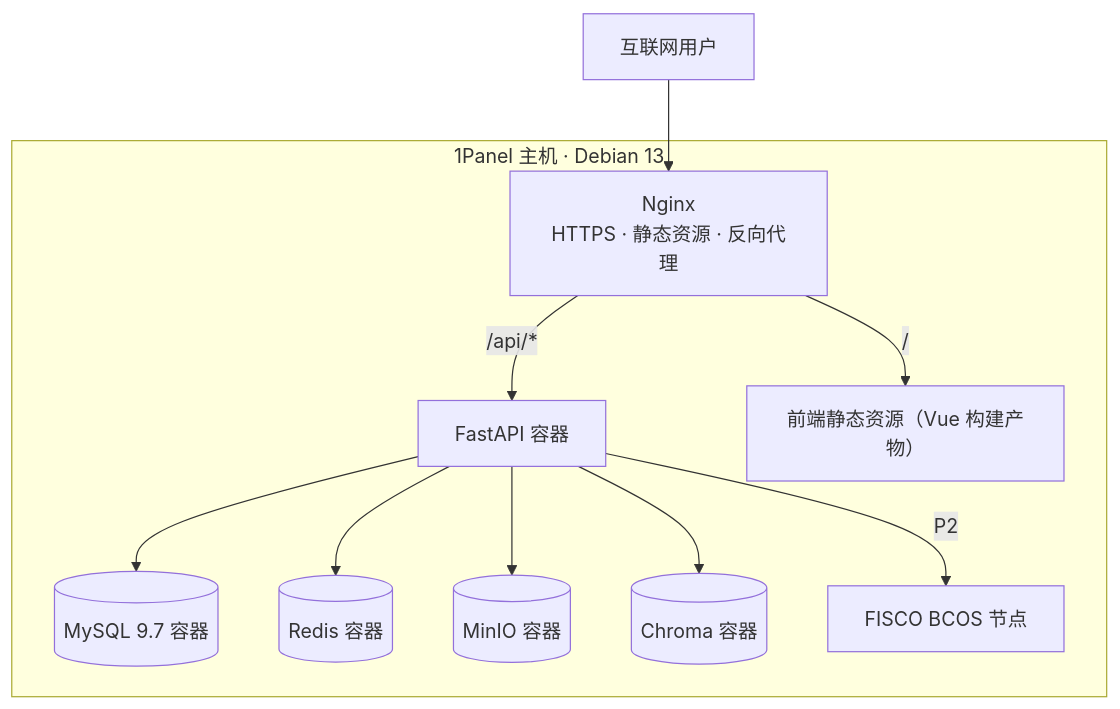
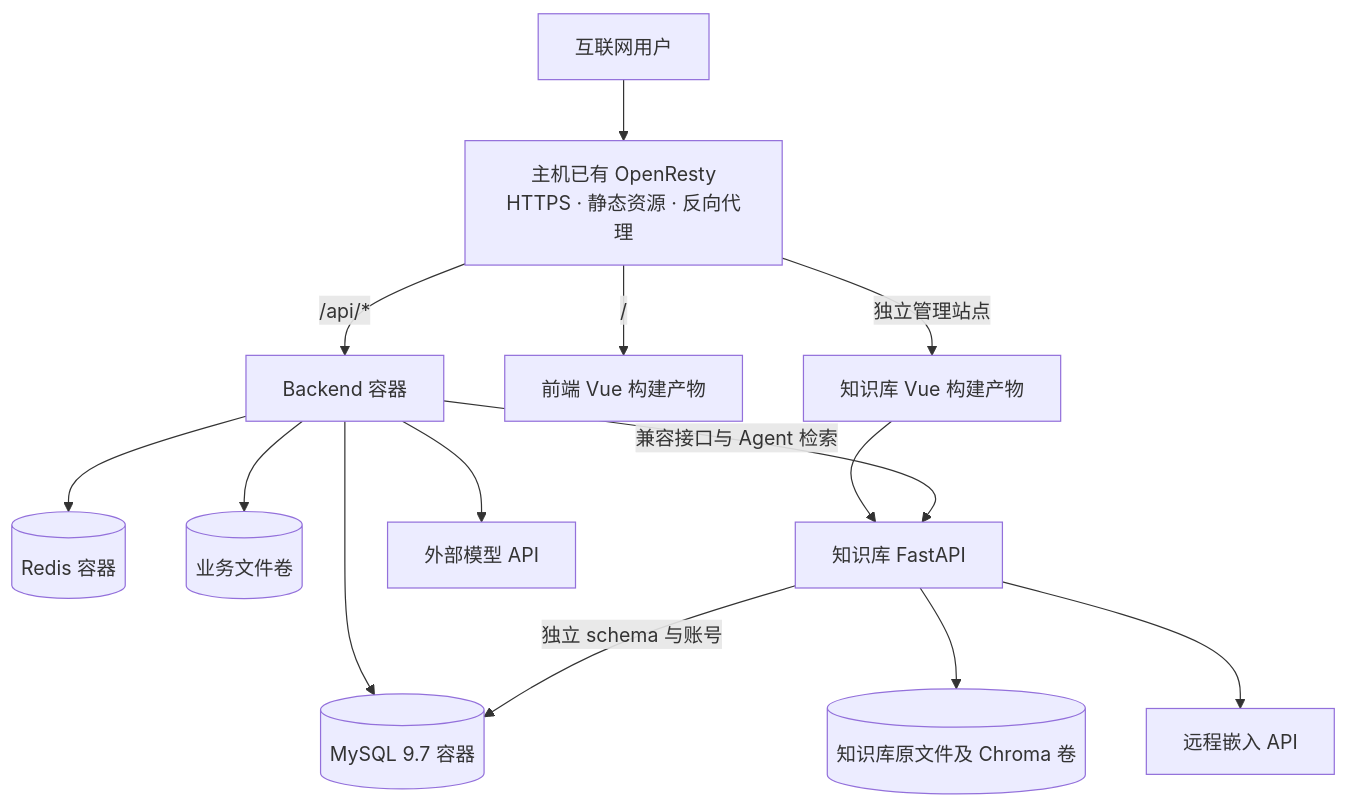
One commit to licat2023/law-wiz changed the fourth of 4 diagrams in docs/03-概要设计.md. Above: the diagram before and after it, drawn with Mermaid. The commit also changed other lines of this file and 134 other files, not shown here.

````diff
--- a/docs/03-概要设计.md
+++ b/docs/03-概要设计.md
@@ -444,21 +394,16 @@
 ```mermaid
 graph TB
-    INTERNET["互联网用户"] --> NGINX["Nginx<br/>HTTPS · 静态资源 · 反向代理"]
-    NGINX -->|"/api/*"| BACKEND["FastAPI 容器"]
-    NGINX -->|"/"| STATIC["前端静态资源（Vue 构建产物）"]
-    BACKEND --> MYSQLC[("MySQL 9.7 容器")]
-    BACKEND --> REDISC[("Redis 容器")]
-    BACKEND --> MINIOC[("MinIO 容器")]
-    BACKEND --> CHROMAC[("Chroma 容器")]
-    BACKEND -->|P2| CHAINC["FISCO BCOS 节点"]
-    subgraph HOST["1Panel 主机 · Debian 13"]
-        NGINX
-        BACKEND
-        STATIC
-        MYSQLC
-        REDISC
-        MINIOC
-        CHROMAC
-        CHAINC
-    end
+    INTERNET["互联网用户"] --> ENTRY["主机已有 OpenResty<br/>HTTPS · 静态资源 · 反向代理"]
+    ENTRY -->|"/api/*"| BACKEND["Backend 容器"]
+    ENTRY -->|"/"| STATIC["前端 Vue 构建产物"]
+    BACKEND --> MYSQL[("MySQL 9.7 容器")]
+    BACKEND --> REDIS[("Redis 容器")]
+    BACKEND --> DATA[("业务文件卷")]
+    ENTRY -->|"独立管理站点"| KBUI["知识库 Vue 构建产物"]
+    KBUI --> KB["知识库 FastAPI"]
+    BACKEND -->|"兼容接口与 Agent 检索"| KB
+    KB -->|"独立 schema 与账号"| MYSQL
+    KB --> KBDATA[("知识库原文件及 Chroma 卷")]
+    KB --> EMBED["远程嵌入 API"]
+    BACKEND --> MODEL["外部模型 API"]
 ```
````
